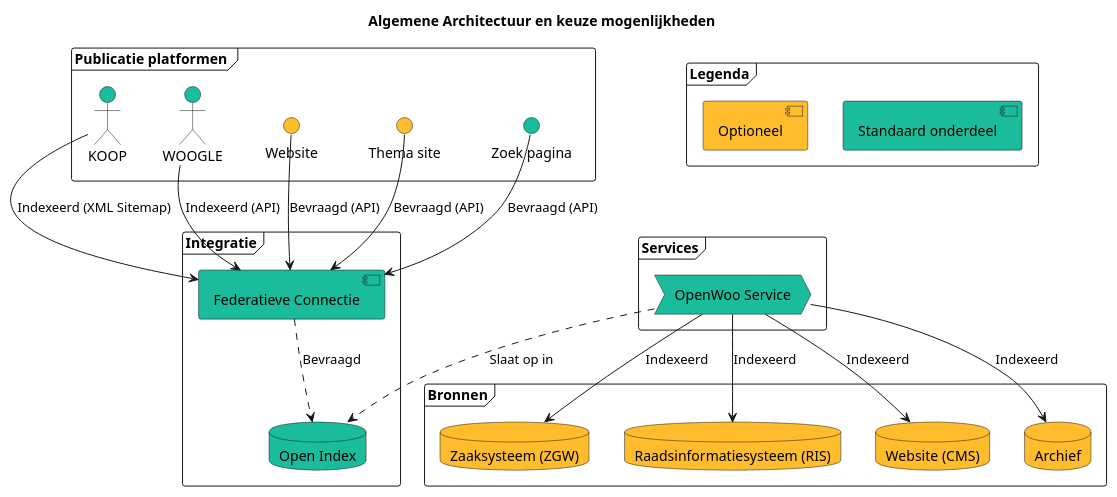
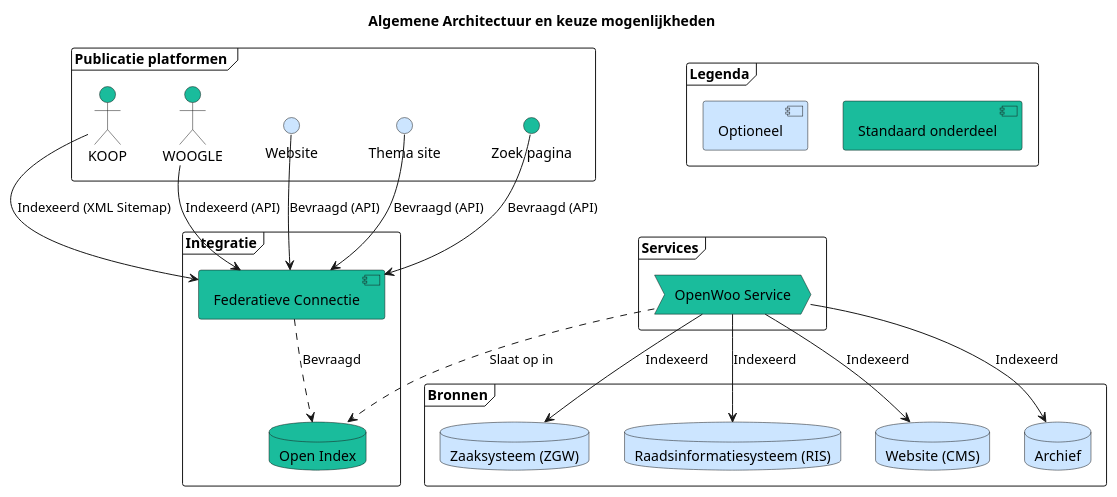
The diagram in docs/components.puml (ConductionNL/woo-website-template), drawn with PlantUML before and after one commit. The commit also changed 9 other files, not shown here.

First line of the commit message:
Features page and architecture

```diff
--- a/docs/components.puml
+++ b/docs/components.puml
@@ -1,52 +1,52 @@
 @startuml
 title Algemene Architectuur en keuze mogenlijkheden
 
 ' Publicatie platformen (Laag 5 UI)
 frame "Publicatie platformen " {
     actor "KOOP"  as KOOP #1abc9c
     actor   "WOOGLE" as WOOGLE #1abc9c
-    interface "Website" AS Website #ffbc2c
-    interface "Thema site" as Themasite #ffbc2c
+    interface "Website" AS Website #cce5ff
+    interface "Thema site" as Themasite #cce5ff
     interface "Zoek pagina" as Searchsite #1abc9c
 }
 
 ' Services(Laag 4)
 frame "Services" {
     process "OpenWoo Service"  as OWS #1abc9c
 }
 
 ' Integratie (Laag 3)
 frame "Integratie" {
     database "Open Index"  as OI #1abc9c
     component "Federatieve Connectie"  as FCS #1abc9c
 }
 
 ' Bronnen (Laag 2)
 frame "Bronnen" {
-    database "Zaaksysteem (ZGW)" as ZRC #ffbc2c
-    database "Raadsinformatiesysteem (RIS)" as RIS #ffbc2c
-    database "Website (CMS)" as CMS #ffbc2c
-    database "Archief" as DEPOT #ffbc2c
+    database "Zaaksysteem (ZGW)" as ZRC #cce5ff
+    database "Raadsinformatiesysteem (RIS)" as RIS #cce5ff
+    database "Website (CMS)" as CMS #cce5ff
+    database "Archief" as DEPOT #cce5ff
 }
 
 frame "Legenda" {
     component "Standaard onderdeel" #1abc9c
-    component "Optioneel" #ffbc2c
+    component "Optioneel" #cce5ff
 
 }
 
 OWS -down-> ZRC: Indexeerd
 OWS -down-> RIS: Indexeerd
 OWS -down-> CMS: Indexeerd
 OWS -down-> DEPOT: Indexeerd
 OWS ..> OI: Slaat op in
 
 FCS ..> OI : Bevraagd
 
 KOOP -down-> FCS : Indexeerd (XML Sitemap)
 WOOGLE -down-> FCS : Indexeerd (API)
 Website -down-> FCS : Bevraagd (API)
 Themasite -down-> FCS : Bevraagd (API)
 Searchsite -down-> FCS : Bevraagd (API)
 
 @enduml
```
